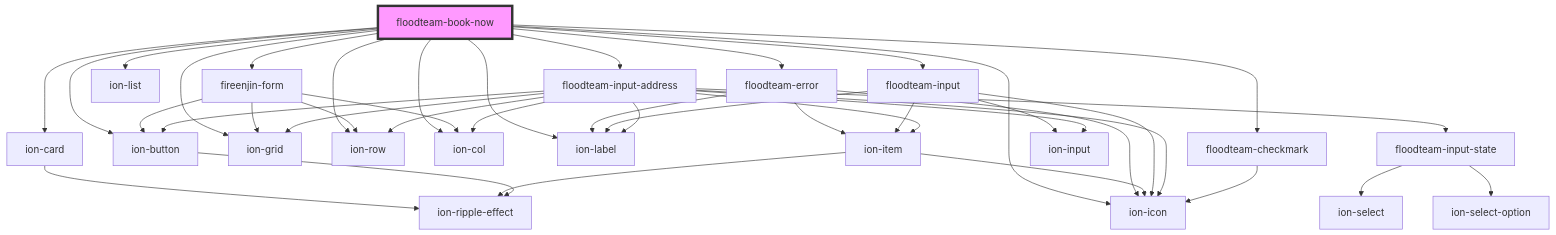
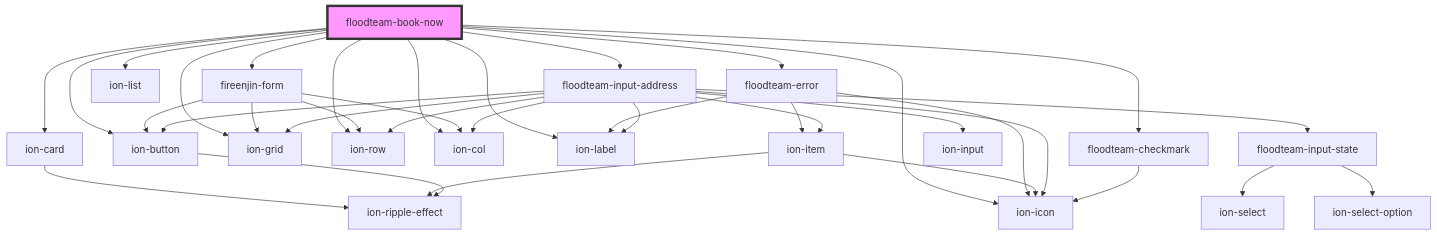
One commit to FloodTeam/components changed the diagram in src/components/book-now/readme.md. Above: the diagram before and after it, drawn with Mermaid. The commit also changed other lines of this file and 24 other files, not shown here.

````diff
--- a/src/components/book-now/readme.md
+++ b/src/components/book-now/readme.md
@@ -44,44 +43,39 @@
 ```mermaid
 graph TD;
   floodteam-book-now --> ion-card
   floodteam-book-now --> floodteam-error
   floodteam-book-now --> fireenjin-form
   floodteam-book-now --> ion-list
-  floodteam-book-now --> floodteam-input
   floodteam-book-now --> floodteam-input-address
   floodteam-book-now --> floodteam-checkmark
   floodteam-book-now --> ion-grid
   floodteam-book-now --> ion-row
   floodteam-book-now --> ion-col
   floodteam-book-now --> ion-label
   floodteam-book-now --> ion-button
   floodteam-book-now --> ion-icon
   ion-card --> ion-ripple-effect
   floodteam-error --> ion-item
   floodteam-error --> ion-icon
   floodteam-error --> ion-label
   ion-item --> ion-icon
   ion-item --> ion-ripple-effect
   fireenjin-form --> ion-grid
   fireenjin-form --> ion-row
   fireenjin-form --> ion-col
   fireenjin-form --> ion-button
   ion-button --> ion-ripple-effect
-  floodteam-input --> ion-input
-  floodteam-input --> ion-item
-  floodteam-input --> ion-icon
-  floodteam-input --> ion-label
   floodteam-input-address --> ion-item
   floodteam-input-address --> ion-label
   floodteam-input-address --> ion-input
   floodteam-input-address --> ion-grid
   floodteam-input-address --> ion-row
   floodteam-input-address --> ion-col
   floodteam-input-address --> floodteam-input-state
   floodteam-input-address --> ion-button
   floodteam-input-address --> ion-icon
   floodteam-input-state --> ion-select
   floodteam-input-state --> ion-select-option
   floodteam-checkmark --> ion-icon
   style floodteam-book-now fill:#f9f,stroke:#333,stroke-width:4px
 ```
````
